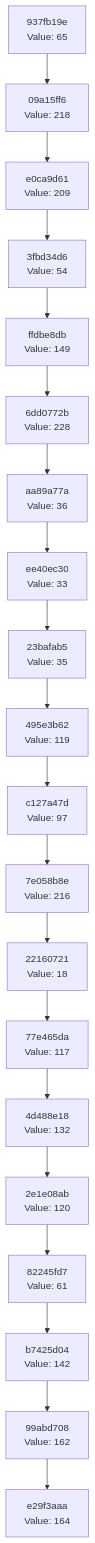
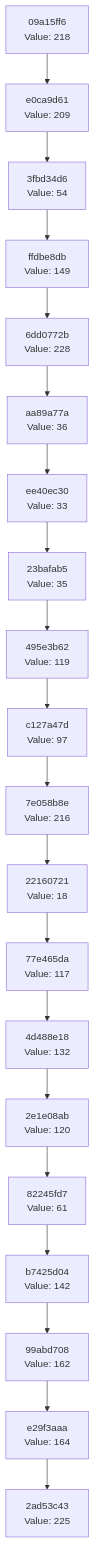
Before and after one commit to Abhisheksinha1506/hash-chain-evolver: the diagram in docs/CHAIN_VISUALIZATION.md, drawn with Mermaid. The commit also changed 2 other files, not shown here.

Commit message:
Evolution Step

````diff
--- a/docs/CHAIN_VISUALIZATION.md
+++ b/docs/CHAIN_VISUALIZATION.md
@@ -3,42 +3,42 @@
 ```mermaid
 graph TD
-    C0["e29f3aaa<br/>Value: 164"]
-    C1["99abd708<br/>Value: 162"]
+    C0["2ad53c43<br/>Value: 225"]
+    C1["e29f3aaa<br/>Value: 164"]
     C1 --> C0
-    C2["b7425d04<br/>Value: 142"]
+    C2["99abd708<br/>Value: 162"]
     C2 --> C1
-    C3["82245fd7<br/>Value: 61"]
+    C3["b7425d04<br/>Value: 142"]
     C3 --> C2
-    C4["2e1e08ab<br/>Value: 120"]
+    C4["82245fd7<br/>Value: 61"]
     C4 --> C3
-    C5["4d488e18<br/>Value: 132"]
+    C5["2e1e08ab<br/>Value: 120"]
     C5 --> C4
-    C6["77e465da<br/>Value: 117"]
+    C6["4d488e18<br/>Value: 132"]
     C6 --> C5
-    C7["22160721<br/>Value: 18"]
+    C7["77e465da<br/>Value: 117"]
     C7 --> C6
-    C8["7e058b8e<br/>Value: 216"]
+    C8["22160721<br/>Value: 18"]
     C8 --> C7
-    C9["c127a47d<br/>Value: 97"]
+    C9["7e058b8e<br/>Value: 216"]
     C9 --> C8
-    C10["495e3b62<br/>Value: 119"]
+    C10["c127a47d<br/>Value: 97"]
     C10 --> C9
-    C11["23bafab5<br/>Value: 35"]
+    C11["495e3b62<br/>Value: 119"]
     C11 --> C10
-    C12["ee40ec30<br/>Value: 33"]
+    C12["23bafab5<br/>Value: 35"]
     C12 --> C11
-    C13["aa89a77a<br/>Value: 36"]
+    C13["ee40ec30<br/>Value: 33"]
     C13 --> C12
-    C14["6dd0772b<br/>Value: 228"]
+    C14["aa89a77a<br/>Value: 36"]
     C14 --> C13
-    C15["ffdbe8db<br/>Value: 149"]
+    C15["6dd0772b<br/>Value: 228"]
     C15 --> C14
-    C16["3fbd34d6<br/>Value: 54"]
+    C16["ffdbe8db<br/>Value: 149"]
     C16 --> C15
-    C17["e0ca9d61<br/>Value: 209"]
+    C17["3fbd34d6<br/>Value: 54"]
     C17 --> C16
-    C18["09a15ff6<br/>Value: 218"]
+    C18["e0ca9d61<br/>Value: 209"]
     C18 --> C17
-    C19["937fb19e<br/>Value: 65"]
+    C19["09a15ff6<br/>Value: 218"]
     C19 --> C18
 ```
````
